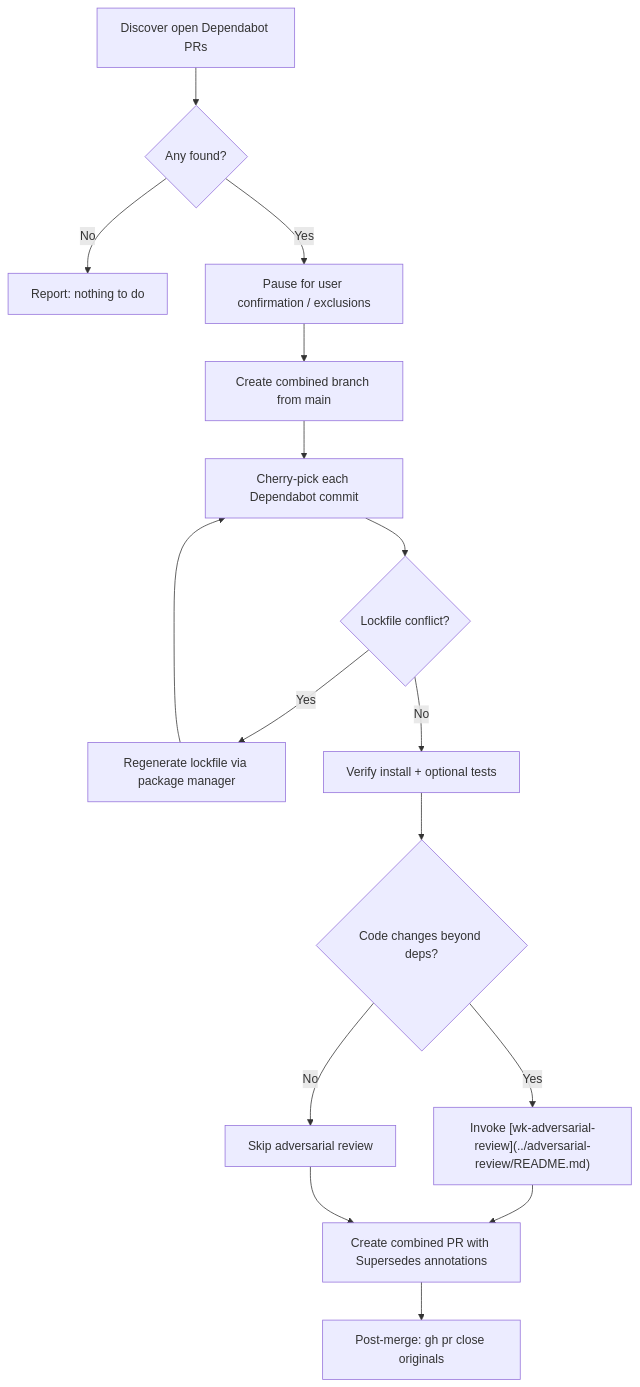
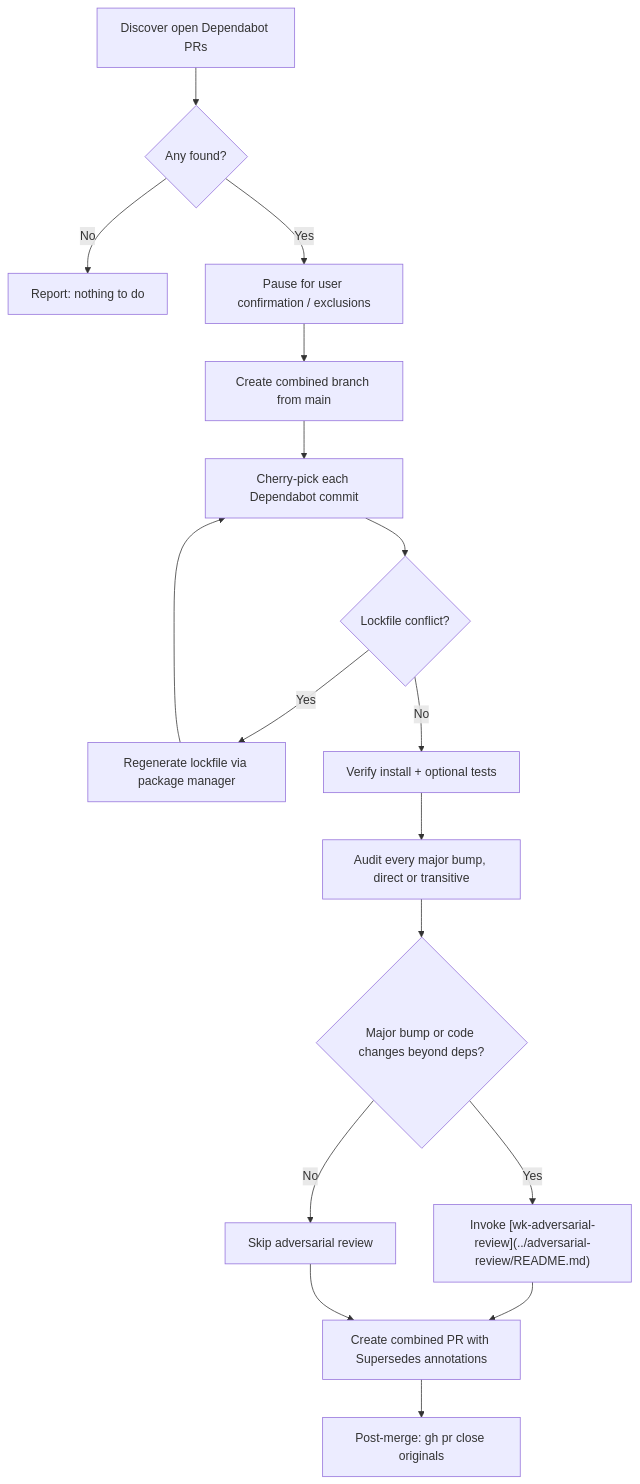
The diagram in skills/renovate/README.md (whizzzkid/skills), drawn with Mermaid before and after one commit. The commit also changed other lines of this file and 4 other files, not shown here.

First line of the commit message:
feat(renovate): 🛡️ audit every major bump, direct or transitive

````diff
--- a/skills/renovate/README.md
+++ b/skills/renovate/README.md
@@ -24,18 +24,19 @@
 ```mermaid
 flowchart TD
     A[Discover open Dependabot PRs] --> B{Any found?}
     B -- No --> Z[Report: nothing to do]
     B -- Yes --> B2[Pause for user confirmation / exclusions]
     B2 --> C[Create combined branch from main]
     C --> D[Cherry-pick each Dependabot commit]
     D --> E{Lockfile conflict?}
     E -- Yes --> F[Regenerate lockfile via package manager]
     F --> D
     E -- No --> G[Verify install + optional tests]
-    G --> H{Code changes beyond deps?}
+    G --> G2[Audit every major bump, direct or transitive]
+    G2 --> H{Major bump or code changes beyond deps?}
     H -- Yes --> I["Invoke [wk-adversarial-review](../adversarial-review/README.md)"]
     H -- No --> J[Skip adversarial review]
     I --> K[Create combined PR with Supersedes annotations]
     J --> K
     K --> L[Post-merge: gh pr close originals]
 ```
````
